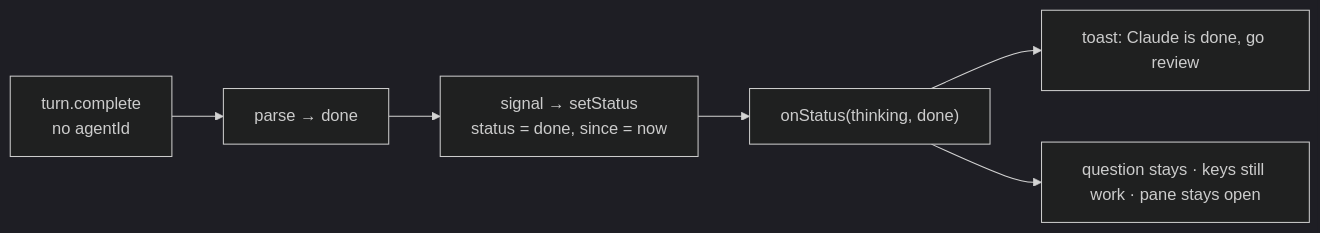
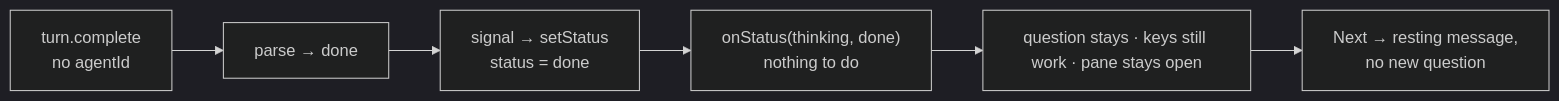
One commit to mingzew/biteq changed diagram 12 of 12 in docs/lesson-plan.md. Above: the diagram before and after it, drawn with Mermaid (dark theme). The commit also changed other lines of this file and 17 other files, not shown here.

````diff
--- a/docs/lesson-plan.md
+++ b/docs/lesson-plan.md
@@ -599,8 +569,8 @@
 ```mermaid
 flowchart LR
   TC["turn.complete<br/>no agentId"] --> P["parse → done"]
-  P --> SIG["signal → setStatus<br/>status = done, since = now"]
-  SIG --> OS["onStatus(thinking, done)"]
-  OS --> TO["toast: Claude is done, go review"]
+  P --> SIG["signal → setStatus<br/>status = done"]
+  SIG --> OS["onStatus(thinking, done)<br/>nothing to do"]
   OS --> KEEP["question stays · keys still work · pane stays open"]
+  KEEP --> NX["Next → resting message,<br/>no new question"]
 ```
````
